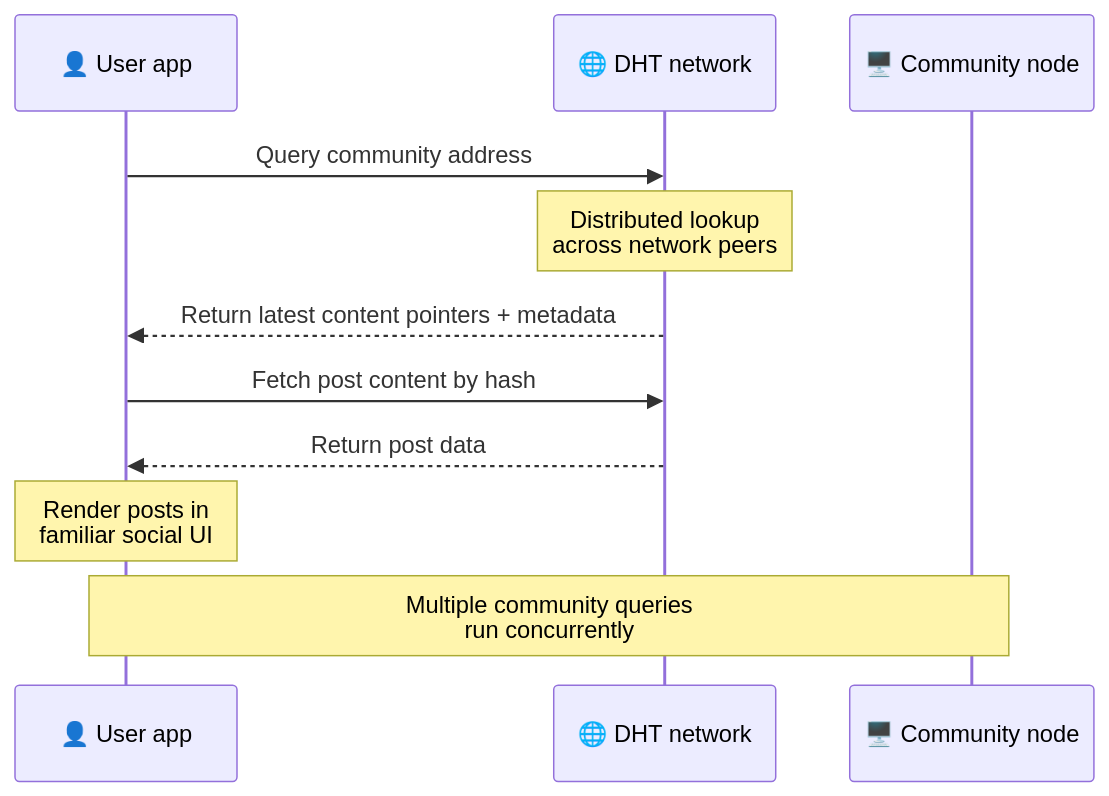
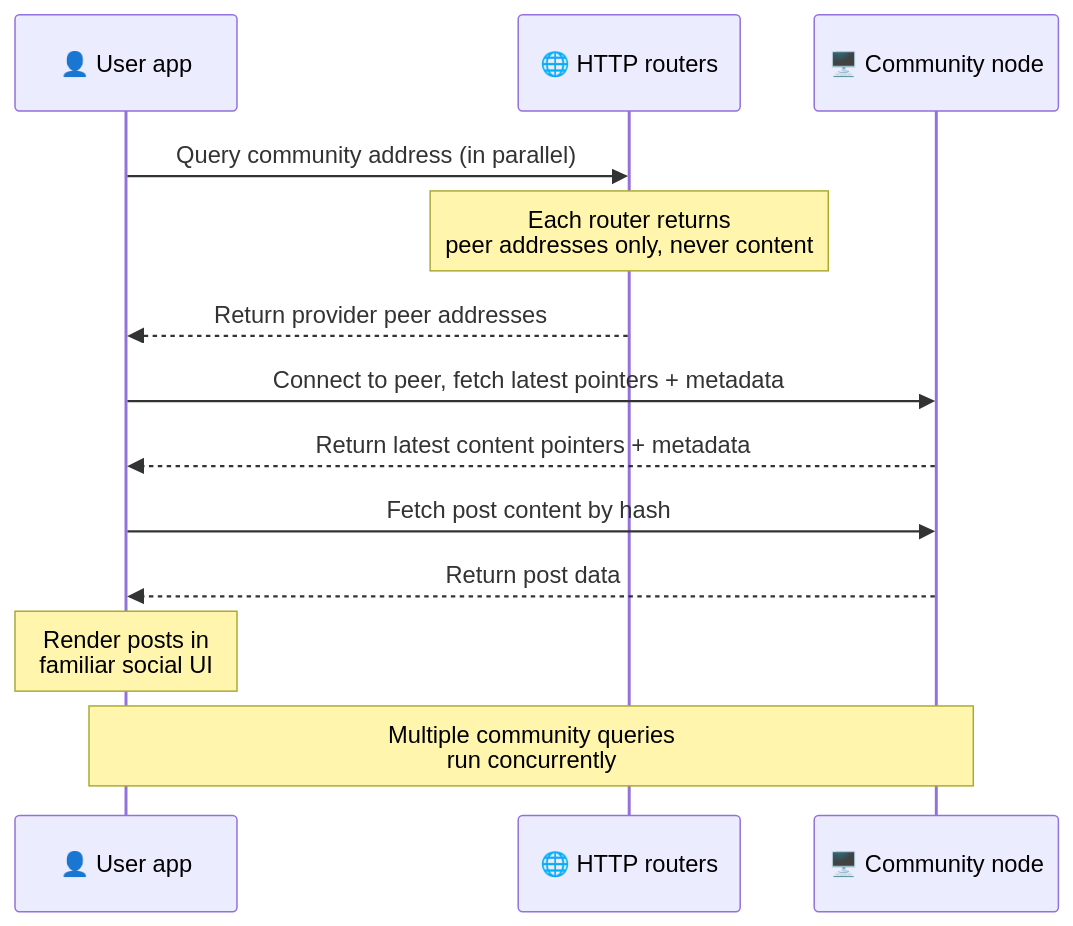
One commit to bitsocialnet/bitsocial-web changed the third of 5 diagrams in docs/peer-to-peer-protocol.md. Above: the diagram before and after it, drawn with Mermaid. The commit also changed other lines of this file and 7 other files, not shown here.

First line of the commit message:
docs(peer-to-peer-protocol): replace DHT with HTTP routers (#3)

````diff
--- a/docs/peer-to-peer-protocol.md
+++ b/docs/peer-to-peer-protocol.md
@@ -103,16 +125,19 @@
 ```mermaid
 sequenceDiagram
     participant User as 👤 User app
-    participant DHT as 🌐 DHT network
+    participant Routers as 🌐 HTTP routers
     participant Node as 🖥️ Community node
 
-    User->>DHT: Query community address
-    Note over DHT: Distributed lookup<br/>across network peers
-    DHT-->>User: Return latest content pointers + metadata
+    User->>Routers: Query community address (in parallel)
+    Note over Routers: Each router returns<br/>peer addresses only, never content
+    Routers-->>User: Return provider peer addresses
 
-    User->>DHT: Fetch post content by hash
-    DHT-->>User: Return post data
+    User->>Node: Connect to peer, fetch latest pointers + metadata
+    Node-->>User: Return latest content pointers + metadata
+
+    User->>Node: Fetch post content by hash
+    Node-->>User: Return post data
     Note over User: Render posts in<br/>familiar social UI
 
     Note over User,Node: Multiple community queries<br/>run concurrently
 ```
````
